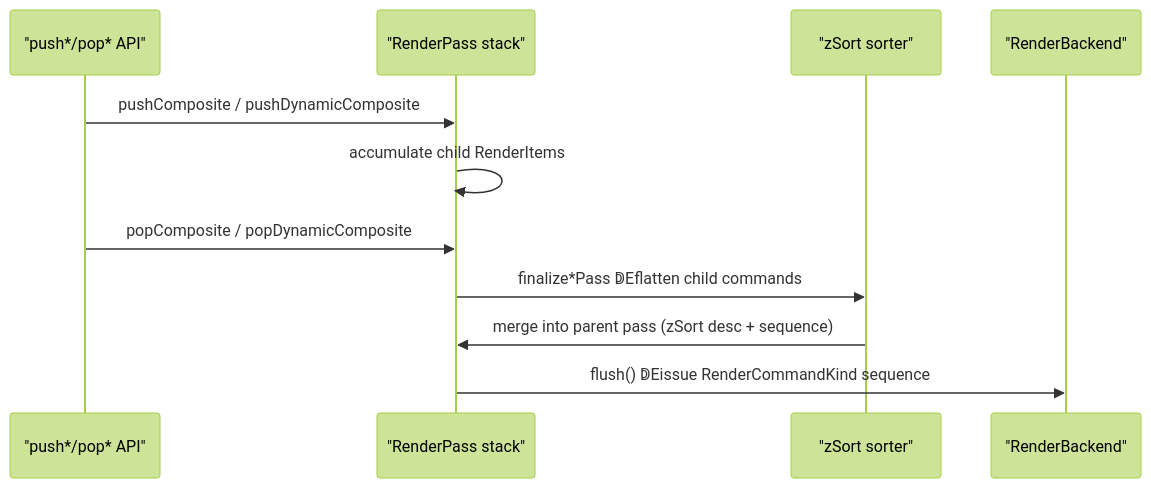
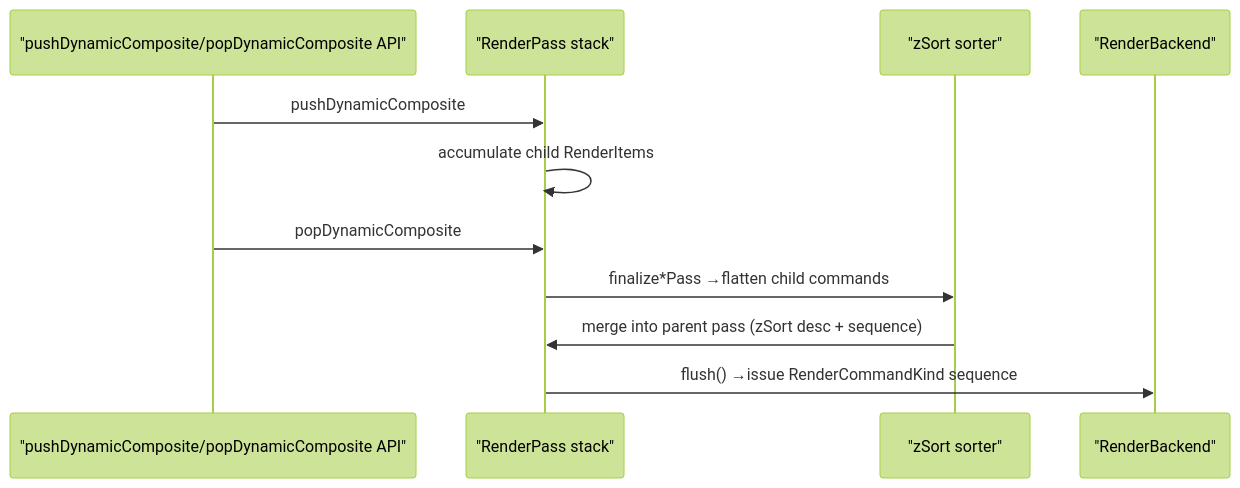
The third of 4 diagrams in doc/new_rendering.md (nijigenerate/nijilive), drawn with Mermaid (forest theme) before and after one commit. The commit also changed other lines of this file and 1 other file, not shown here.

````diff
--- a/doc/new_rendering.md
+++ b/doc/new_rendering.md
@@ -143,13 +130,13 @@
 ```mermaid
 sequenceDiagram
-    participant Scope as "push*/pop* API"
+    participant Scope as "pushDynamicComposite/popDynamicComposite API"
     participant Pass as "RenderPass stack"
     participant Sort as "zSort sorter"
     participant Backend as "RenderBackend"
-    Scope->>Pass: pushComposite / pushDynamicComposite
+    Scope->>Pass: pushDynamicComposite
     Pass->>Pass: accumulate child RenderItems
-    Scope->>Pass: popComposite / popDynamicComposite
-    Pass->>Sort: finalize*Pass ↁEflatten child commands
+    Scope->>Pass: popDynamicComposite
+    Pass->>Sort: finalize*Pass →flatten child commands
     Sort->>Pass: merge into parent pass (zSort desc + sequence)
-    Pass->>Backend: flush() ↁEissue RenderCommandKind sequence
+    Pass->>Backend: flush() →issue RenderCommandKind sequence
 ```
````
